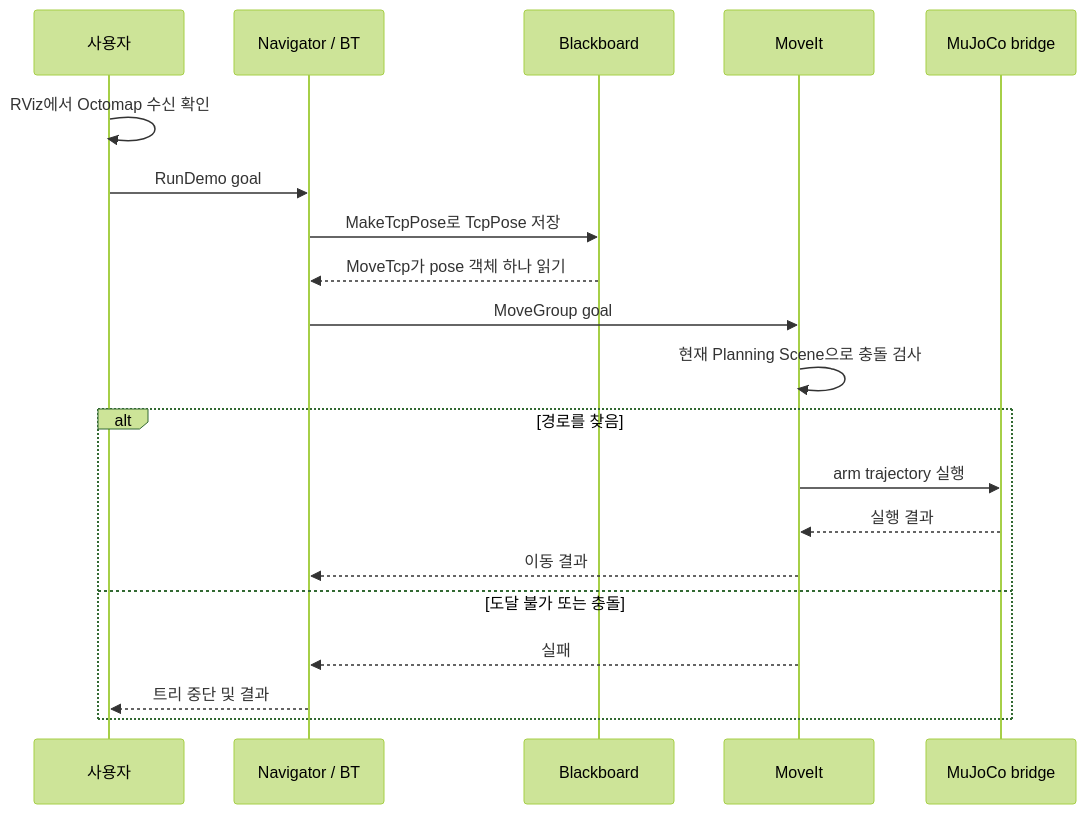
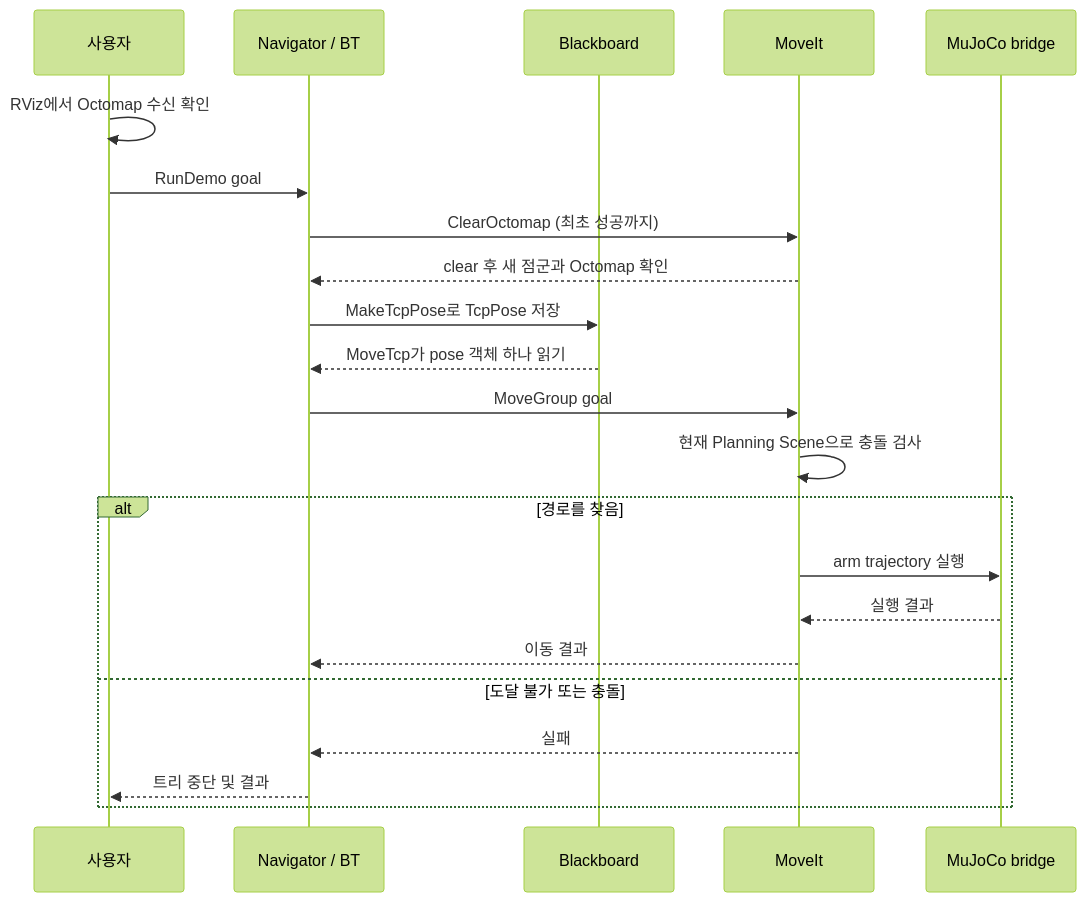
The third of 3 diagrams in docs/depth-bt-flow.md (ggh-png/rwh_beyond), drawn with Mermaid (forest theme) before and after one commit. The commit also changed other lines of this file and 30 other files, not shown here.

````diff
--- a/docs/depth-bt-flow.md
+++ b/docs/depth-bt-flow.md
@@ -66,22 +66,24 @@
 ```mermaid
 sequenceDiagram
     participant U as 사용자
     participant N as Navigator / BT
     participant B as Blackboard
     participant M as MoveIt
     participant S as MuJoCo bridge
     U->>U: RViz에서 Octomap 수신 확인
     U->>N: RunDemo goal
+    N->>M: ClearOctomap (최초 성공까지)
+    M-->>N: clear 후 새 점군과 Octomap 확인
     N->>B: MakeTcpPose로 TcpPose 저장
     B-->>N: MoveTcp가 pose 객체 하나 읽기
     N->>M: MoveGroup goal
     M->>M: 현재 Planning Scene으로 충돌 검사
     alt 경로를 찾음
         M->>S: arm trajectory 실행
         S-->>M: 실행 결과
         M-->>N: 이동 결과
     else 도달 불가 또는 충돌
         M-->>N: 실패
         N-->>U: 트리 중단 및 결과
     end
 ```
````
